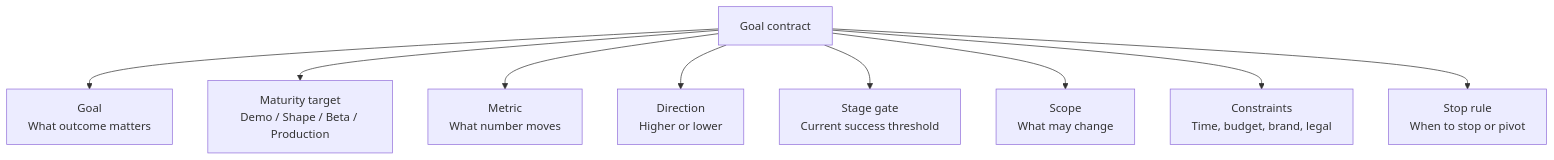
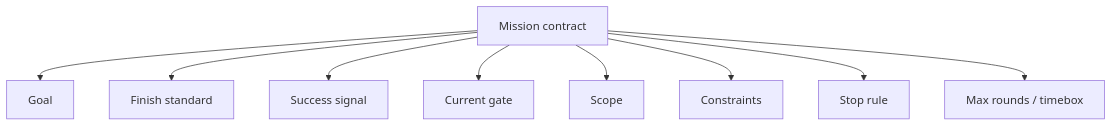
The third of 4 diagrams in references/visual-map.md (waterme7on/superloop), drawn with Mermaid before and after one commit. The commit also changed other lines of this file and 10 other files, not shown here.

````diff
--- a/references/visual-map.md
+++ b/references/visual-map.md
@@ -53,11 +36,11 @@
 ```mermaid
 flowchart TD
-    GC["Goal contract"] --> G1["Goal\nWhat outcome matters"]
-    GC --> G0["Maturity target\nDemo / Shape / Beta / Production"]
-    GC --> G2["Metric\nWhat number moves"]
-    GC --> G3["Direction\nHigher or lower"]
-    GC --> G4["Stage gate\nCurrent success threshold"]
-    GC --> G5["Scope\nWhat may change"]
-    GC --> G6["Constraints\nTime, budget, brand, legal"]
-    GC --> G7["Stop rule\nWhen to stop or pivot"]
+    MC["Mission contract"] --> M1["Goal"]
+    MC --> M2["Finish standard"]
+    MC --> M3["Success signal"]
+    MC --> M4["Current gate"]
+    MC --> M5["Scope"]
+    MC --> M6["Constraints"]
+    MC --> M7["Stop rule"]
+    MC --> M8["Max rounds / timebox"]
 ```
````
